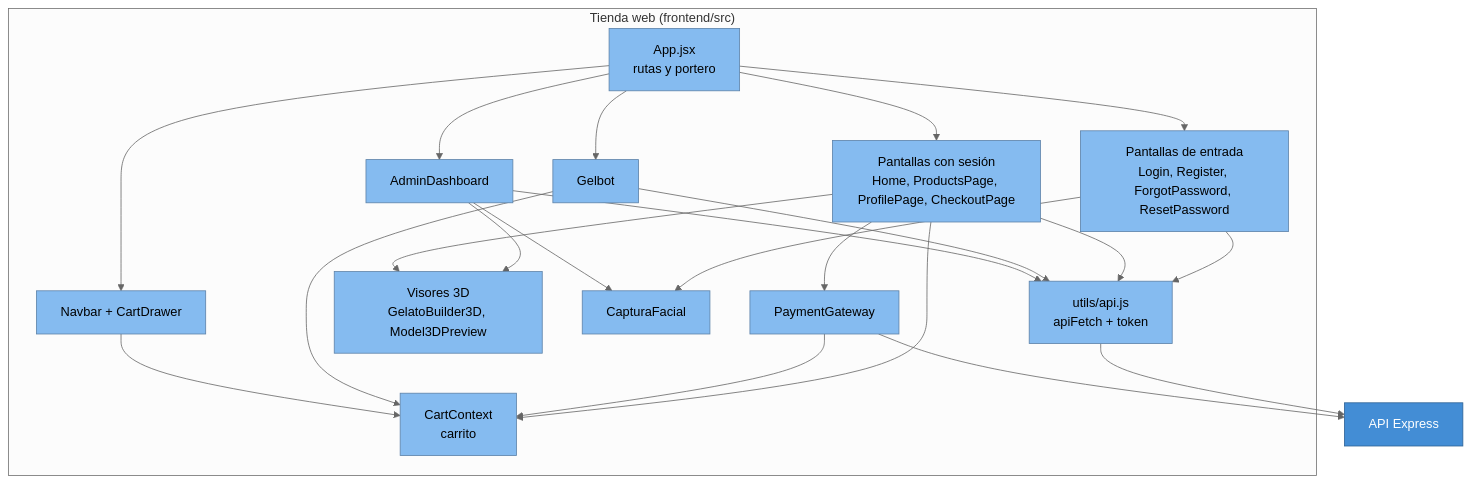
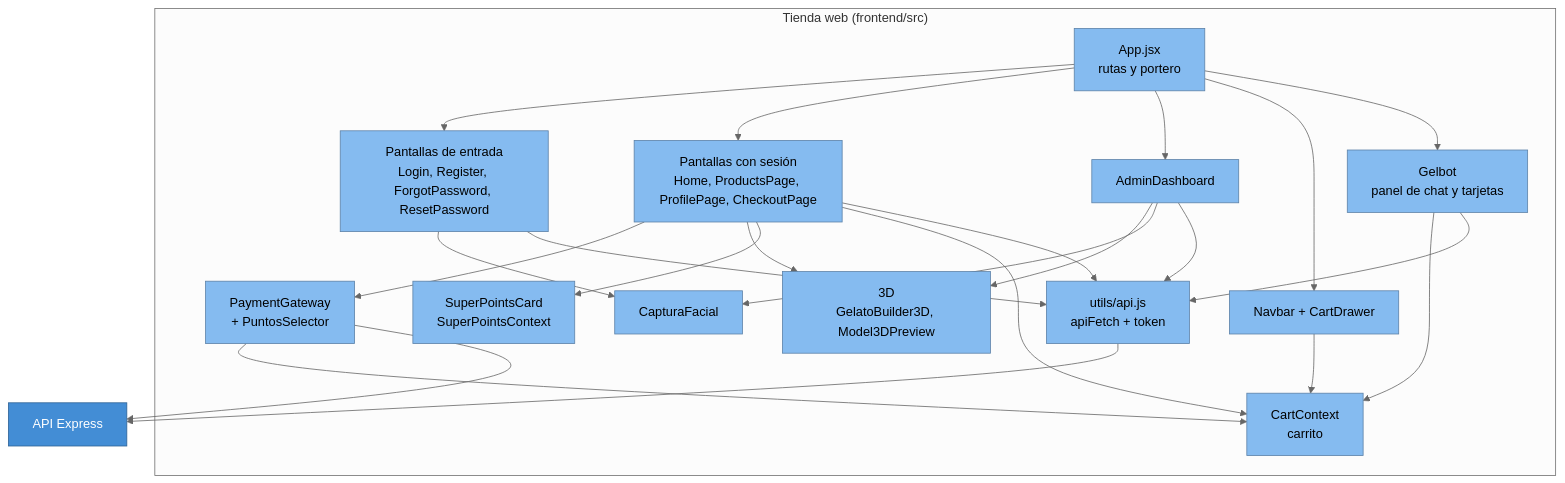
The diagram in docs/arquitectura/05-componentes-frontend.md (cristian-0023/SUPER-GELATTO), drawn with Mermaid (neutral theme) before and after one commit. The commit also changed other lines of this file and 9 other files, not shown here.

````diff
--- a/docs/arquitectura/05-componentes-frontend.md
+++ b/docs/arquitectura/05-componentes-frontend.md
@@ -17,30 +17,31 @@
 ```mermaid
 flowchart TB
   classDef componente fill:#85bbf0,stroke:#5d82a8,color:#000
   classDef contenedor fill:#438dd5,stroke:#2e6295,color:#fff
 
   subgraph WEB["Tienda web (frontend/src)"]
     APP["App.jsx<br/>rutas y portero"]:::componente
     PUB["Pantallas de entrada<br/>Login, Register, ForgotPassword, ResetPassword"]:::componente
     CLI["Pantallas con sesión<br/>Home, ProductsPage, ProfilePage, CheckoutPage"]:::componente
     ADM["AdminDashboard"]:::componente
     NAV["Navbar + CartDrawer"]:::componente
-    GB["Gelbot"]:::componente
-    PAY["PaymentGateway"]:::componente
-    V3D["Visores 3D<br/>GelatoBuilder3D, Model3DPreview"]:::componente
+    GB["Gelbot<br/>panel de chat y tarjetas"]:::componente
+    PAY["PaymentGateway<br/>+ PuntosSelector"]:::componente
+    PTS["SuperPointsCard<br/>SuperPointsContext"]:::componente
+    V3D["3D<br/>GelatoBuilder3D, Model3DPreview"]:::componente
     CAM["CapturaFacial"]:::componente
     CART["CartContext<br/>carrito"]:::componente
     AF["utils/api.js<br/>apiFetch + token"]:::componente
   end
 
   API["API Express"]:::contenedor
 
   APP --> PUB & CLI & ADM & NAV & GB
-  CLI --> PAY & V3D
+  CLI --> PAY & V3D & PTS
   ADM --> V3D & CAM
   PUB --> CAM
   NAV & GB & PAY & CLI --> CART
   ADM & GB & CLI & PUB --> AF
   PAY --> API
   AF --> API
 ```
````
